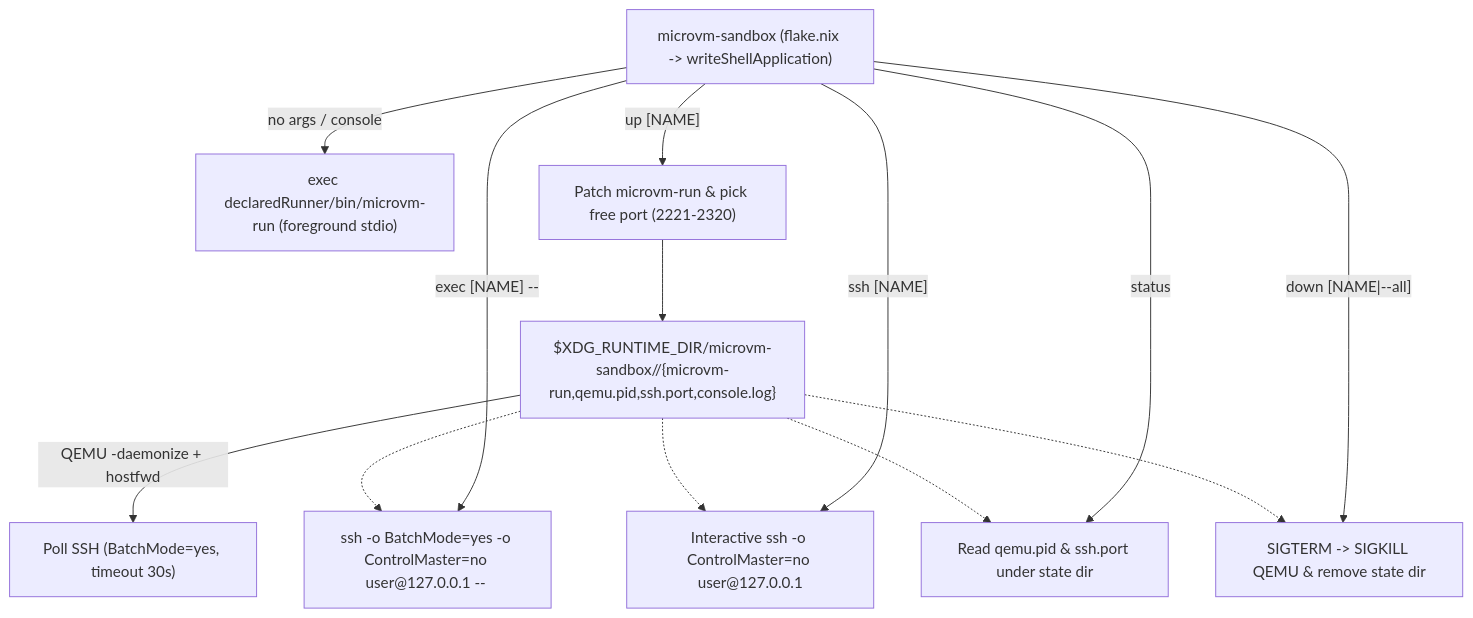
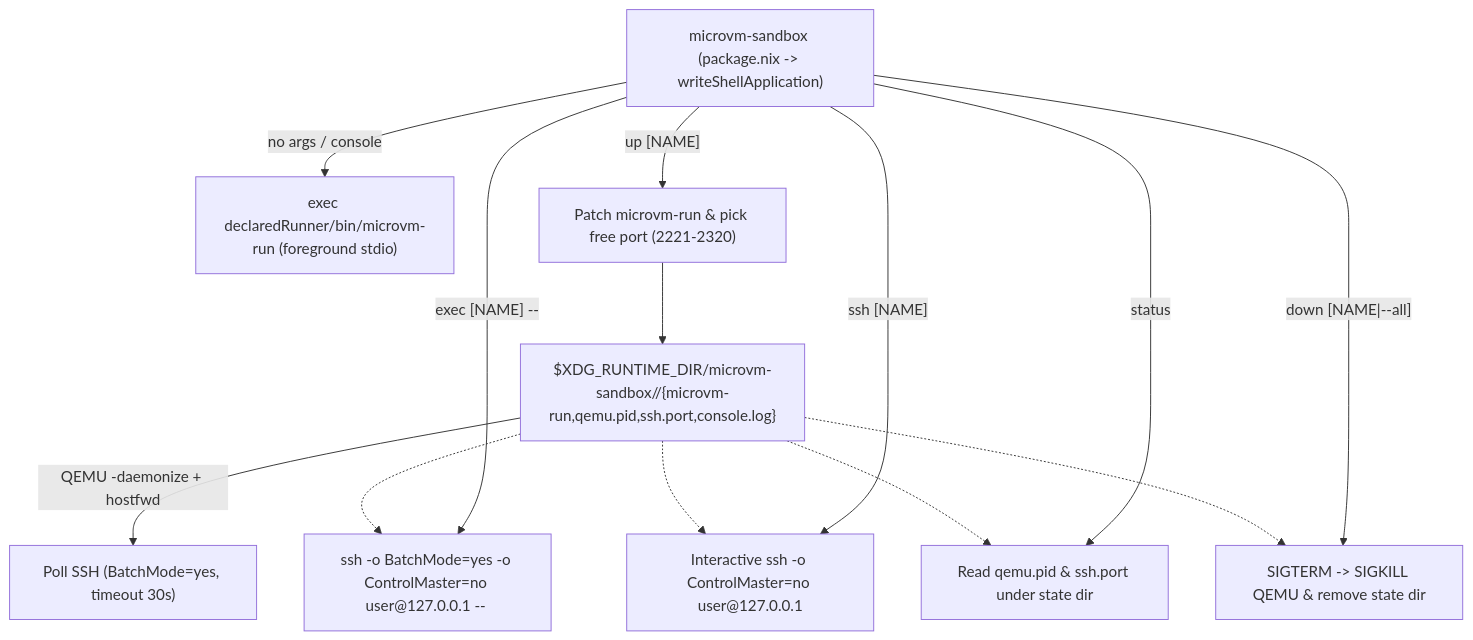
Before and after one commit to kachick/dotfiles: the second of 2 diagrams in nixos/hosts/sandbox/README.md, drawn with Mermaid. The commit also changed 3 other files, not shown here.

First line of the commit message:
Extract flake packages and microvm-sandbox

````diff
--- a/nixos/hosts/sandbox/README.md
+++ b/nixos/hosts/sandbox/README.md
@@ -60,20 +60,20 @@
 ```mermaid
 flowchart TD
-    cli["microvm-sandbox (flake.nix -> writeShellApplication)"]
+    cli["microvm-sandbox (package.nix -> writeShellApplication)"]
 
     cli -->|"no args / console"| fg["exec declaredRunner/bin/microvm-run (foreground stdio)"]
 
     cli -->|"up [NAME]"| up["Patch microvm-run & pick free port (2221-2320)"]
     up --> state["$XDG_RUNTIME_DIR/microvm-sandbox/<NAME>/{microvm-run,qemu.pid,ssh.port,console.log}"]
     state -->|"QEMU -daemonize + hostfwd"| wait["Poll SSH (BatchMode=yes, timeout 30s)"]
 
     cli -->|"exec [NAME] -- <CMD>"| exec_cmd["ssh -o BatchMode=yes -o ControlMaster=no user@127.0.0.1 -- <CMD>"]
     cli -->|"ssh [NAME]"| ssh_cmd["Interactive ssh -o ControlMaster=no user@127.0.0.1"]
     cli -->|"status"| status_cmd["Read qemu.pid & ssh.port under state dir"]
     cli -->|"down [NAME|--all]"| down_cmd["SIGTERM -> SIGKILL QEMU & remove state dir"]
 
     state -.-> exec_cmd
     state -.-> ssh_cmd
     state -.-> status_cmd
     state -.-> down_cmd
 ```
````
